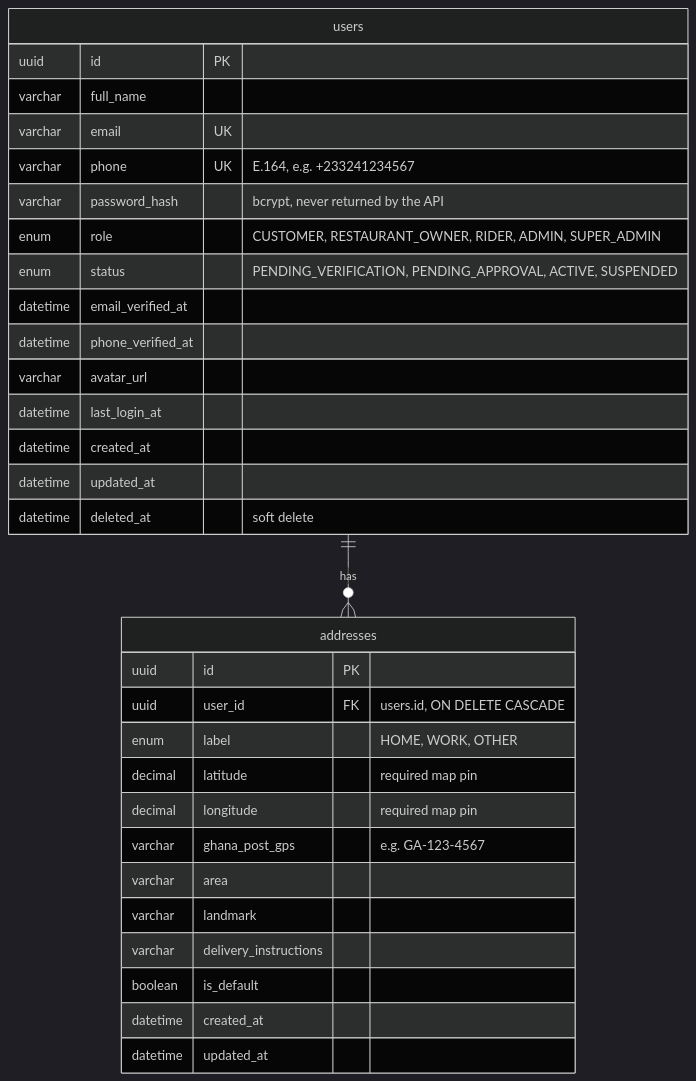
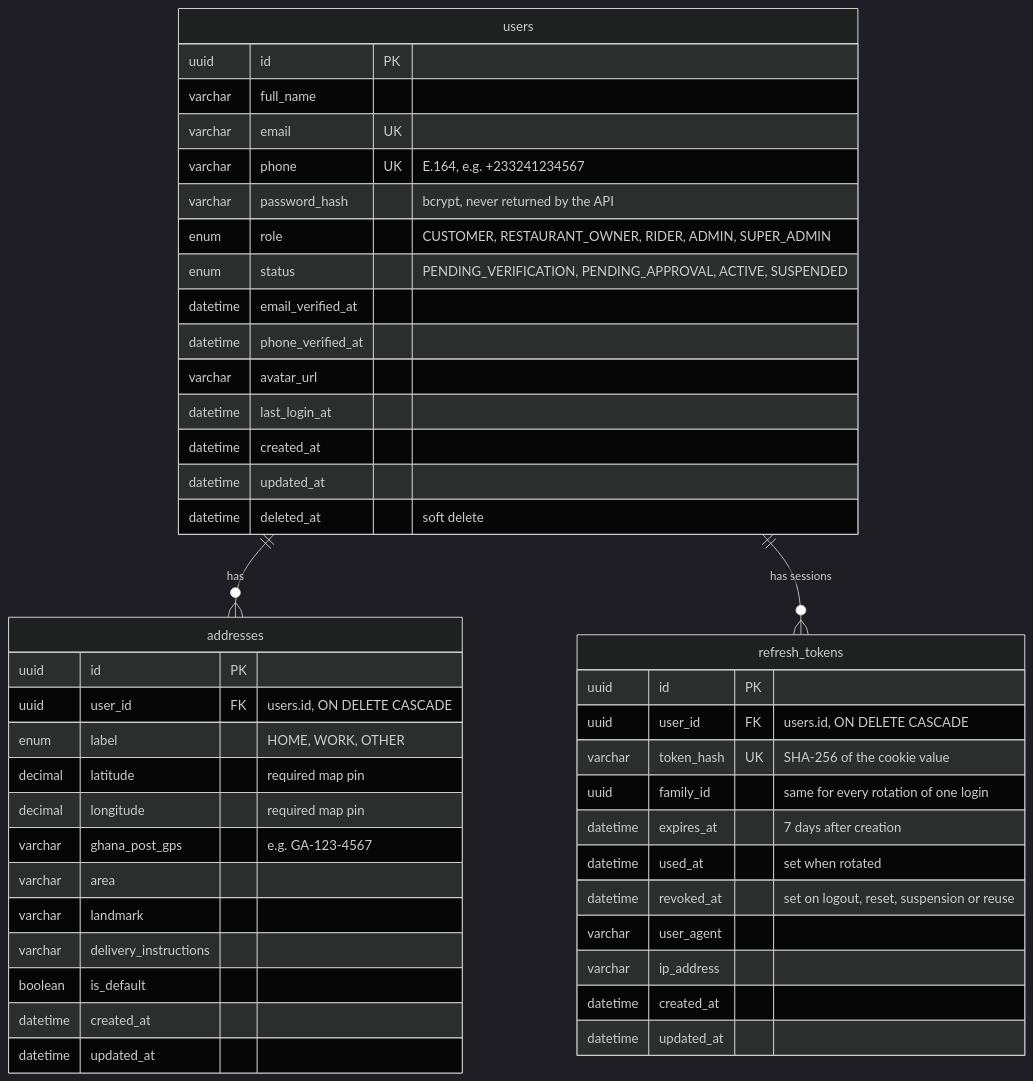
One commit to localcodetech/cibushub changed the diagram in docs/er-diagram.md. Above: the diagram before and after it, drawn with Mermaid (dark theme). The commit also changed other lines of this file and 1 other file, not shown here.

Commit message:
feat(db): create refresh_tokens table [AC-AUTH-11, AC-AUTH-15]

````diff
--- a/docs/er-diagram.md
+++ b/docs/er-diagram.md
@@ -5,36 +5,51 @@
 ```mermaid
 erDiagram
     users ||--o{ addresses : "has"
+    users ||--o{ refresh_tokens : "has sessions"
 
     users {
         uuid id PK
         varchar full_name
         varchar email UK
         varchar phone UK "E.164, e.g. +233241234567"
         varchar password_hash "bcrypt, never returned by the API"
         enum role "CUSTOMER, RESTAURANT_OWNER, RIDER, ADMIN, SUPER_ADMIN"
         enum status "PENDING_VERIFICATION, PENDING_APPROVAL, ACTIVE, SUSPENDED"
         datetime email_verified_at
         datetime phone_verified_at
         varchar avatar_url
         datetime last_login_at
         datetime created_at
         datetime updated_at
         datetime deleted_at "soft delete"
     }
 
     addresses {
         uuid id PK
         uuid user_id FK "users.id, ON DELETE CASCADE"
         enum label "HOME, WORK, OTHER"
         decimal latitude "required map pin"
         decimal longitude "required map pin"
         varchar ghana_post_gps "e.g. GA-123-4567"
         varchar area
         varchar landmark
         varchar delivery_instructions
         boolean is_default
         datetime created_at
         datetime updated_at
     }
+
+    refresh_tokens {
+        uuid id PK
+        uuid user_id FK "users.id, ON DELETE CASCADE"
+        varchar token_hash UK "SHA-256 of the cookie value"
+        uuid family_id "same for every rotation of one login"
+        datetime expires_at "7 days after creation"
+        datetime used_at "set when rotated"
+        datetime revoked_at "set on logout, reset, suspension or reuse"
+        varchar user_agent
+        varchar ip_address
+        datetime created_at
+        datetime updated_at
+    }
 ```
````
